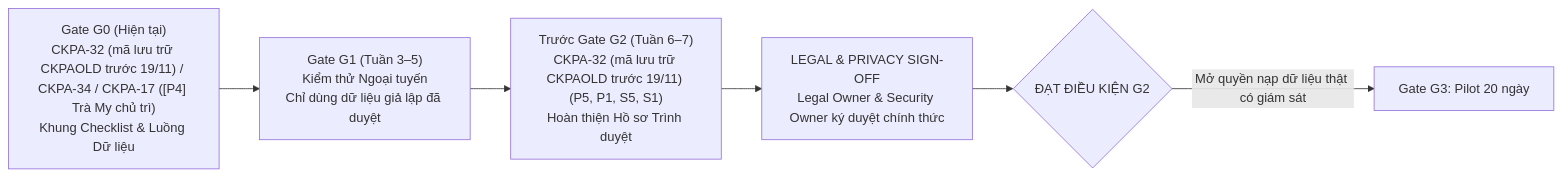
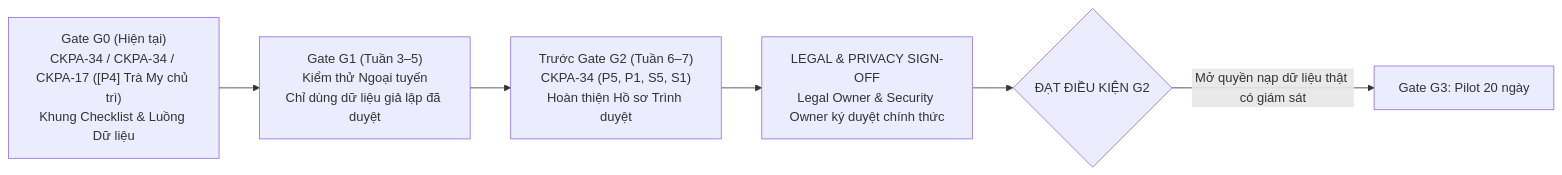
One commit to TranChiKha0395/CRM-Knowledge-and-Policy-Assistant-Purchaser changed the fourth of 4 diagrams in security/g0/legal-privacy-review.md. Above: the diagram before and after it, drawn with Mermaid. The commit also changed other lines of this file and 3 other files, not shown here.

Commit message:
fix(sec): remove CKPAOLD, D2/SQUAD refs, fix S3 SoD & remove administrator from transition/sealed_100 [CKPA-11,17,19,34]

````diff
--- a/security/g0/legal-privacy-review.md
+++ b/security/g0/legal-privacy-review.md
@@ -289,8 +289,8 @@
 ```mermaid
 flowchart LR
-    G0["Gate G0 (Hiện tại)<br>CKPA-32 (mã lưu trữ CKPAOLD trước 19/11) / CKPA-34 / CKPA-17 ([P4] Trà My chủ trì)<br>Khung Checklist & Luồng Dữ liệu"] --> G1["Gate G1 (Tuần 3–5)<br>Kiểm thử Ngoại tuyến<br>Chỉ dùng dữ liệu giả lập đã duyệt"]
-    G1 --> G2_PRE["Trước Gate G2 (Tuần 6–7)<br>CKPA-32 (mã lưu trữ CKPAOLD trước 19/11) (P5, P1, S5, S1)<br>Hoàn thiện Hồ sơ Trình duyệt"]
+    G0["Gate G0 (Hiện tại)<br>CKPA-34 / CKPA-34 / CKPA-17 ([P4] Trà My chủ trì)<br>Khung Checklist & Luồng Dữ liệu"] --> G1["Gate G1 (Tuần 3–5)<br>Kiểm thử Ngoại tuyến<br>Chỉ dùng dữ liệu giả lập đã duyệt"]
+    G1 --> G2_PRE["Trước Gate G2 (Tuần 6–7)<br>CKPA-34 (P5, P1, S5, S1)<br>Hoàn thiện Hồ sơ Trình duyệt"]
     G2_PRE --> SIGN["LEGAL & PRIVACY SIGN-OFF<br>Legal Owner & Security Owner ký duyệt chính thức"]
     SIGN --> G2_PASS{"ĐẠT ĐIỀU KIỆN G2"}
     G2_PASS -->|"Mở quyền nạp dữ liệu thật có giám sát"| G3["Gate G3: Pilot 20 ngày"]
 ```
````
